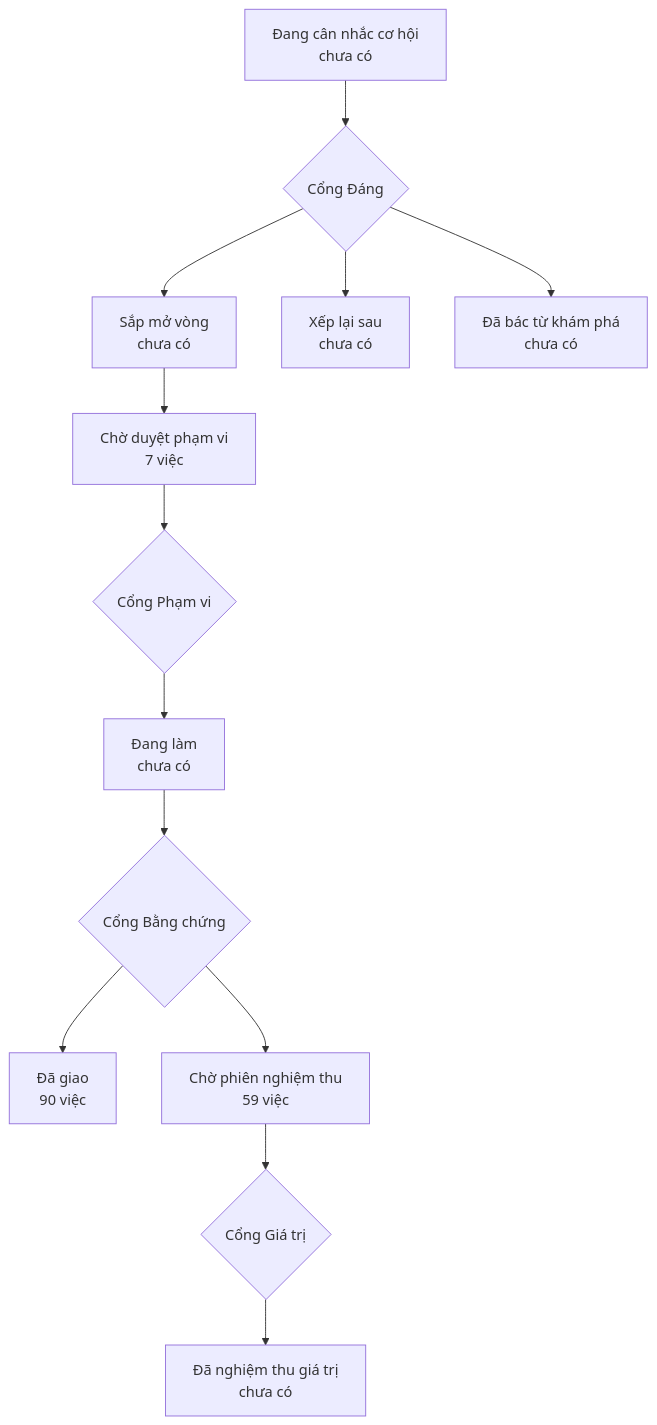
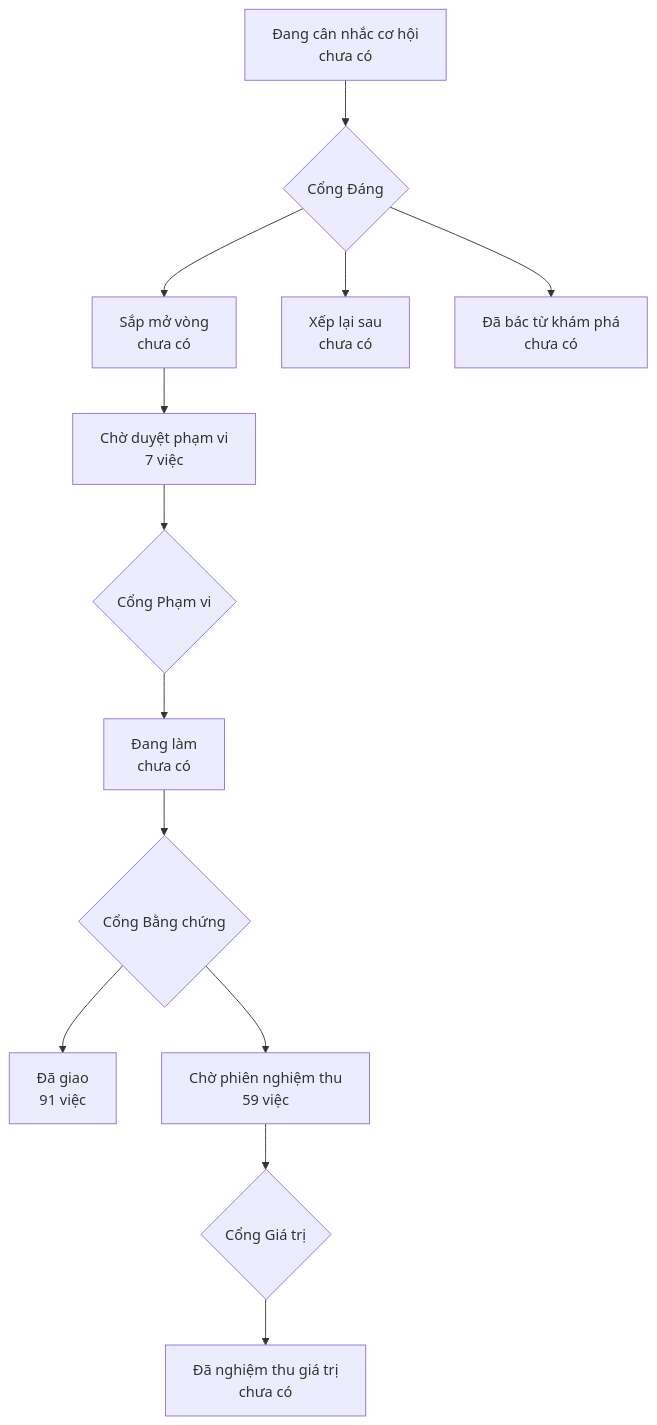
One commit to phanlemanh/onehub-invest changed the diagram in PRODUCT-MAP.md. Above: the diagram before and after it, drawn with Mermaid. The commit also changed other lines of this file and 1 other file, not shown here.

Commit message:
chore(product-map): sinh lại sau hồ sơ check-s08-harness

````diff
--- a/PRODUCT-MAP.md
+++ b/PRODUCT-MAP.md
@@ -7,12 +7,12 @@
 ```mermaid
 flowchart TD
   A["Đang cân nhắc cơ hội<br/>chưa có"] --> GD{"Cổng Đáng"}
   GD --> B["Sắp mở vòng<br/>chưa có"]
   GD --> XL["Xếp lại sau<br/>chưa có"]
   GD --> DB["Đã bác từ khám phá<br/>chưa có"]
   B --> CD["Chờ duyệt phạm vi<br/>7 việc"] --> GP{"Cổng Phạm vi"}
   GP --> DL["Đang làm<br/>chưa có"] --> GB{"Cổng Bằng chứng"}
-  GB --> DG["Đã giao<br/>90 việc"]
+  GB --> DG["Đã giao<br/>91 việc"]
   GB --> CN["Chờ phiên nghiệm thu<br/>59 việc"] --> GG{"Cổng Giá trị"}
   GG --> NT["Đã nghiệm thu giá trị<br/>chưa có"]
 ```
````
